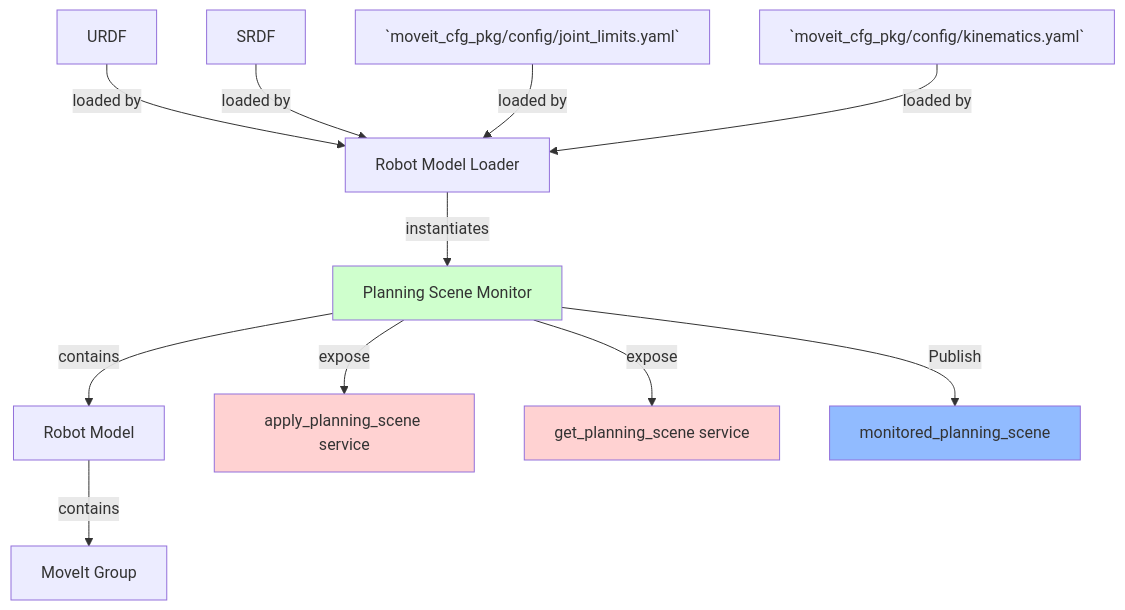
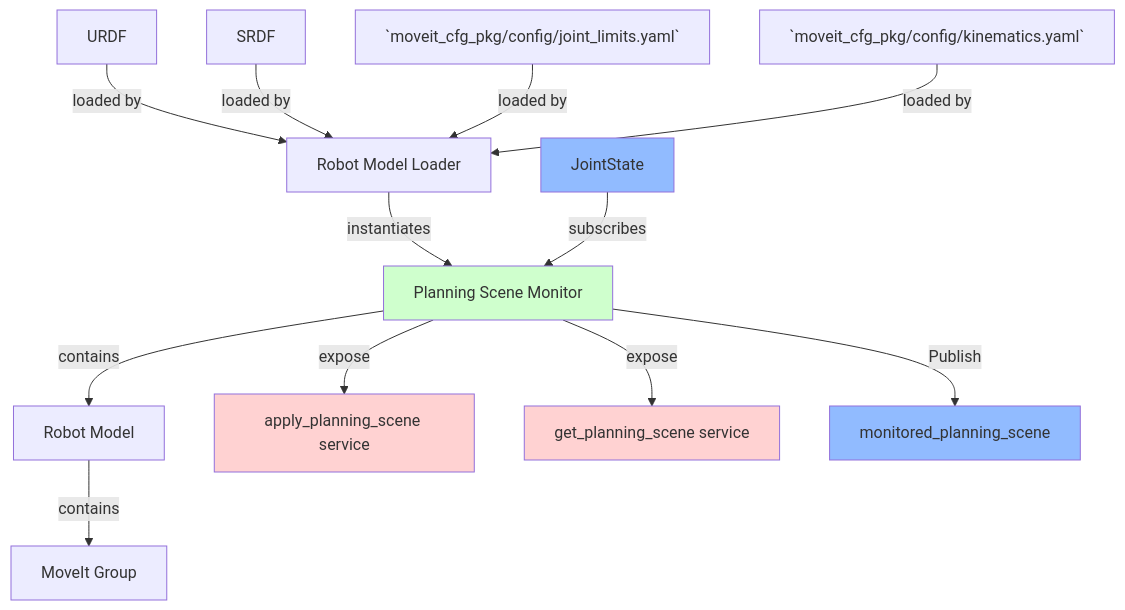
Before and after one commit to rafaelrojasmiliani/moveit_tutorial: the third of 3 diagrams in 02_planning_scene/readme.md, drawn with Mermaid.

````diff
--- a/02_planning_scene/readme.md
+++ b/02_planning_scene/readme.md
@@ -128,18 +128,20 @@
 ```mermaid
 graph TD;
     URDF -- loaded by --> RML[Robot Model Loader];
     SRDF -- loaded by --> RML;
     J[`moveit_cfg_pkg/config/joint_limits.yaml`] -- loaded by --> RML;
     K[`moveit_cfg_pkg/config/kinematics.yaml`] -- loaded by --> RML;
     RML -- instantiates --> PSM[Planning Scene Monitor];
     RM -- contains --> MG[MoveIt Group];
     PSM -- contains --> RM[Robot Model];
     PSM -- expose --> APSS[apply_planning_scene service]
     PSM -- expose --> GPSS[get_planning_scene service]
     PSM -- Publish --> MPS[monitored_planning_scene]
+    JS[JointState] -- subscribes --> PSM;
 
     style PSM fill:#CFFFCD;
     style APSS fill:#FFD2D2;
     style GPSS fill:#FFD2D2;
     style MPS fill:#91bbff;
+    style JS fill:#91bbff;
 ```
````
